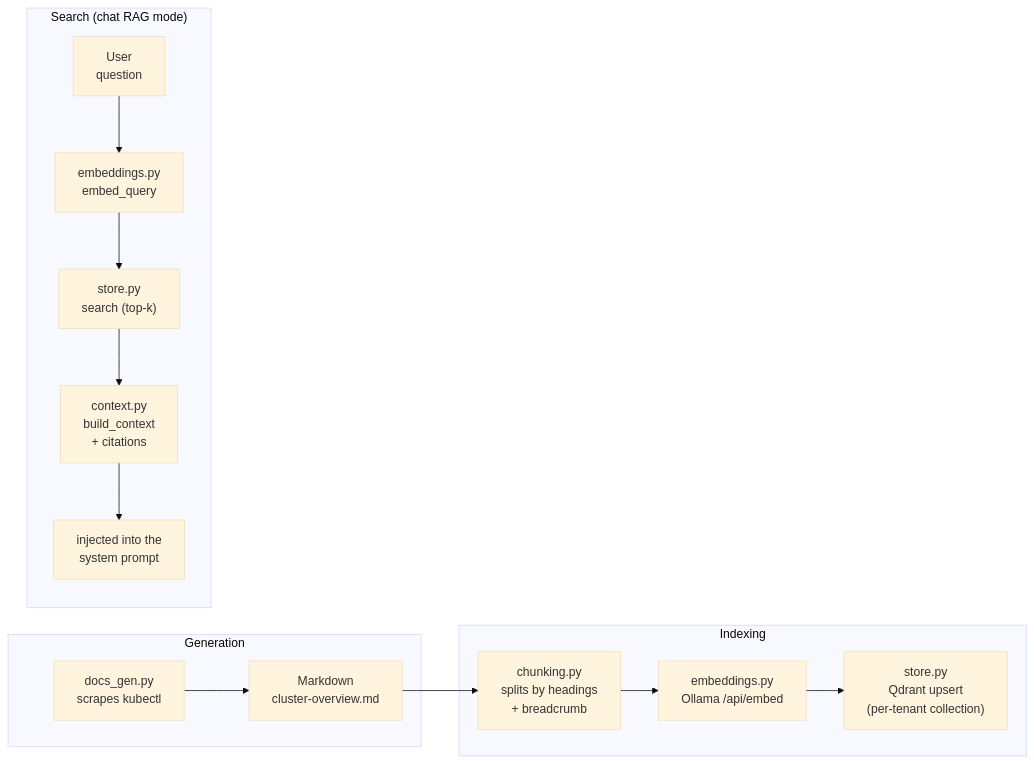
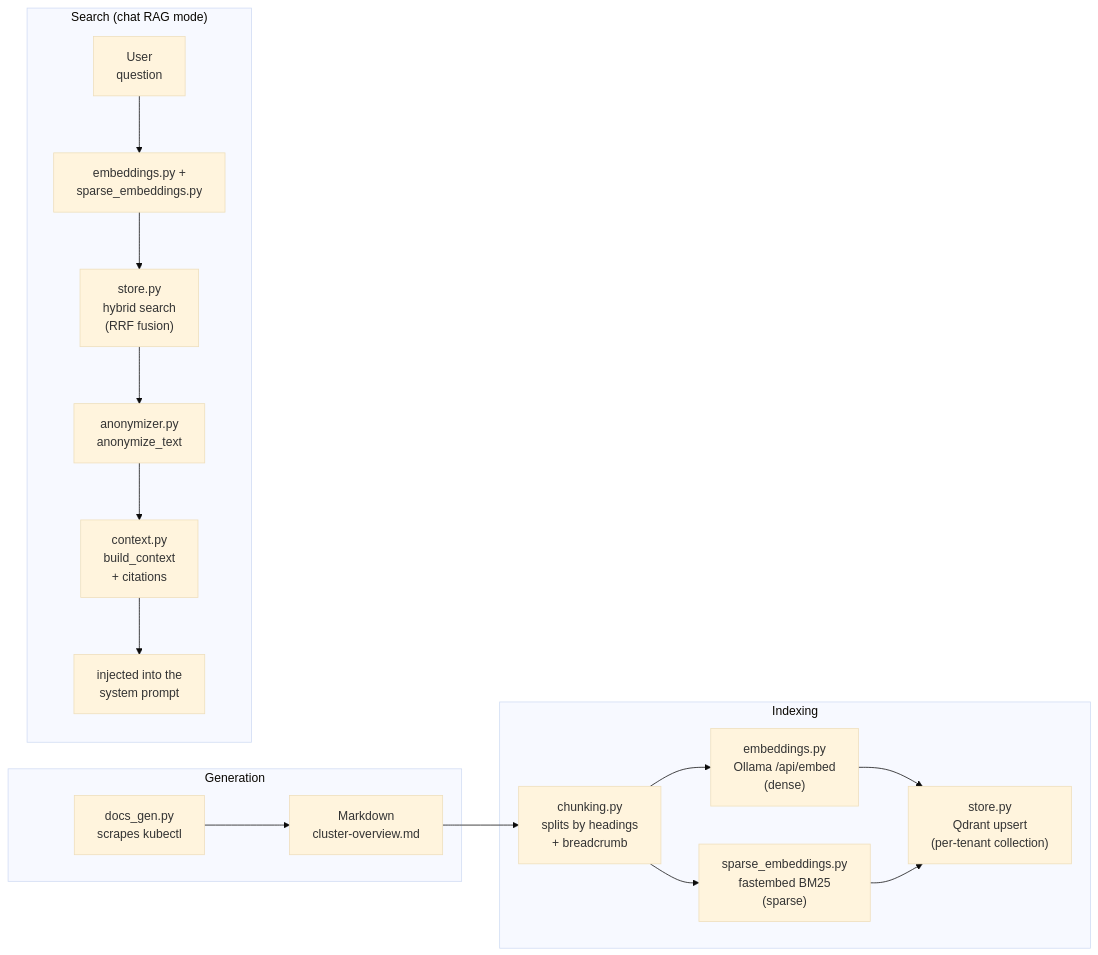
The diagram in docs/rag.md (PhantomCarrot/Aegis), drawn with Mermaid (base theme) before and after one commit. The commit also changed other lines of this file and 24 other files, not shown here.

First line of the commit message:
RAG: anonymization at retrieval, hybrid search, observability, freshness

````diff
--- a/docs/rag.md
+++ b/docs/rag.md
@@ -9,17 +9,20 @@
 ```mermaid
 flowchart LR
     subgraph Generation
         Scrape["docs_gen.py<br/>scrapes kubectl"] --> MD["Markdown<br/>cluster-overview.md"]
     end
     subgraph Indexing
         MD --> Chunk["chunking.py<br/>splits by headings<br/>+ breadcrumb"]
-        Chunk --> Embed1["embeddings.py<br/>Ollama /api/embed"]
+        Chunk --> Embed1["embeddings.py<br/>Ollama /api/embed<br/>(dense)"]
+        Chunk --> Embed1s["sparse_embeddings.py<br/>fastembed BM25<br/>(sparse)"]
         Embed1 --> Store1["store.py<br/>Qdrant upsert<br/>(per-tenant collection)"]
+        Embed1s --> Store1
     end
     subgraph "Search (chat RAG mode)"
-        Q["User<br/>question"] --> Embed2["embeddings.py<br/>embed_query"]
-        Embed2 --> Search["store.py<br/>search (top-k)"]
-        Search --> Ctx["context.py<br/>build_context<br/>+ citations"]
+        Q["User<br/>question"] --> Embed2["embeddings.py +<br/>sparse_embeddings.py"]
+        Embed2 --> Search["store.py<br/>hybrid search<br/>(RRF fusion)"]
+        Search --> Anon["anonymizer.py<br/>anonymize_text"]
+        Anon --> Ctx["context.py<br/>build_context<br/>+ citations"]
         Ctx --> Prompt["injected into the<br/>system prompt"]
     end
 ```
````
